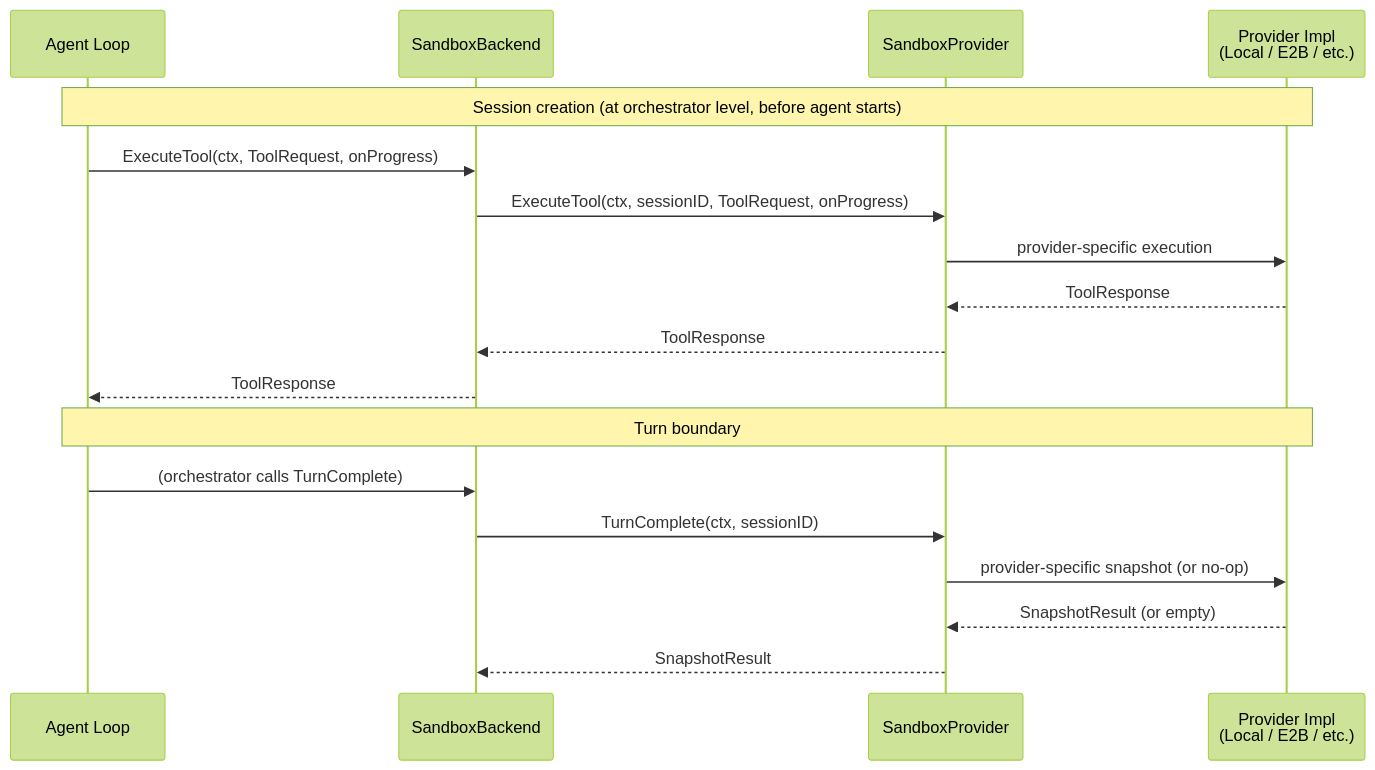
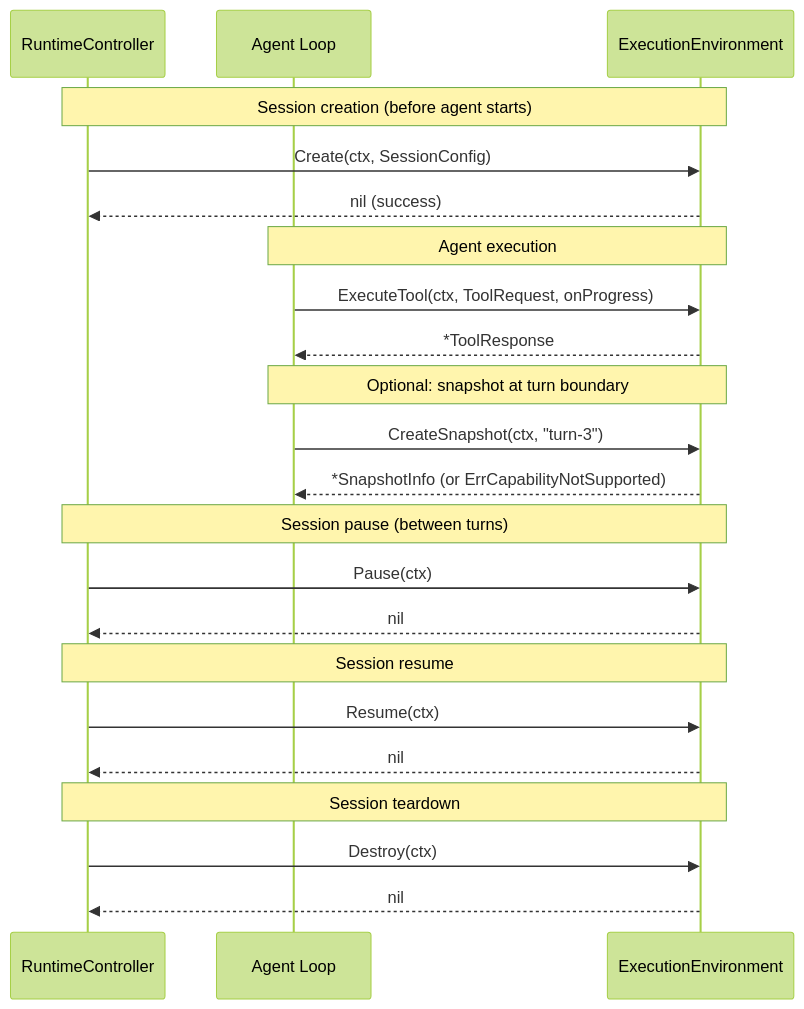
Before and after one commit to dcosson/flex-agent-runtime: the third of 3 diagrams in docs/plans/11-sandbox-host-service.add01.md, drawn with Mermaid (forest theme). The commit also changed other lines of this file and 1 other file, not shown here.

First line of the commit message:
Redesign addendum 01: replace SandboxProvider + ToolBackend with unified ExecutionEnvironment

````diff
--- a/docs/plans/11-sandbox-host-service.add01.md
+++ b/docs/plans/11-sandbox-host-service.add01.md
@@ -99,24 +123,30 @@
 ```mermaid
 sequenceDiagram
+    participant RC as RuntimeController
     participant Agent as Agent Loop
-    participant SB as SandboxBackend
-    participant SP as SandboxProvider
-    participant Impl as Provider Impl<br/>(Local / E2B / etc.)
+    participant Env as ExecutionEnvironment
 
-    Note over Agent,Impl: Session creation (at orchestrator level, before agent starts)
+    Note over RC,Env: Session creation (before agent starts)
+    RC->>Env: Create(ctx, SessionConfig)
+    Env-->>RC: nil (success)
 
-    Agent->>SB: ExecuteTool(ctx, ToolRequest, onProgress)
-    SB->>SP: ExecuteTool(ctx, sessionID, ToolRequest, onProgress)
-    SP->>Impl: provider-specific execution
-    Impl-->>SP: ToolResponse
-    SP-->>SB: ToolResponse
-    SB-->>Agent: ToolResponse
+    Note over Agent,Env: Agent execution
+    Agent->>Env: ExecuteTool(ctx, ToolRequest, onProgress)
+    Env-->>Agent: *ToolResponse
 
-    Note over Agent,Impl: Turn boundary
+    Note over Agent,Env: Optional: snapshot at turn boundary
+    Agent->>Env: CreateSnapshot(ctx, "turn-3")
+    Env-->>Agent: *SnapshotInfo (or ErrCapabilityNotSupported)
 
-    Agent->>SB: (orchestrator calls TurnComplete)
-    SB->>SP: TurnComplete(ctx, sessionID)
-    SP->>Impl: provider-specific snapshot (or no-op)
-    Impl-->>SP: SnapshotResult (or empty)
-    SP-->>SB: SnapshotResult
+    Note over RC,Env: Session pause (between turns)
+    RC->>Env: Pause(ctx)
+    Env-->>RC: nil
+
+    Note over RC,Env: Session resume
+    RC->>Env: Resume(ctx)
+    Env-->>RC: nil
+
+    Note over RC,Env: Session teardown
+    RC->>Env: Destroy(ctx)
+    Env-->>RC: nil
 ```
````
